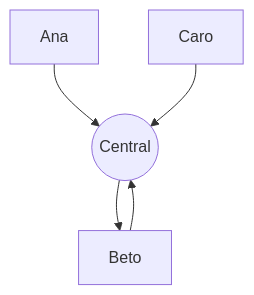
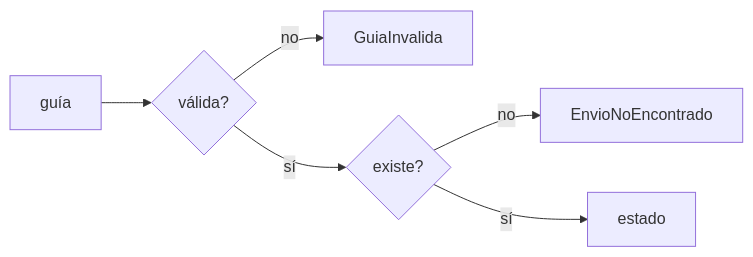
The second of 4 diagrams in web/public/content/foundations/modulo-14.md (NICORUIZ93/The_Imperial_Book), drawn with Mermaid before and after one commit. The commit also changed other lines of this file and 36 other files, not shown here.

````diff
--- a/web/public/content/foundations/modulo-14.md
+++ b/web/public/content/foundations/modulo-14.md
@@ -466,7 +128,8 @@
 ```mermaid
-flowchart TD
-    A[Ana] --> C((Central))
-    B[Beto] --> C
-    K[Caro] --> C
-    C --> B
+flowchart LR
+    G[guía] --> V{válida?}
+    V -- no --> I[GuiaInvalida]
+    V -- sí --> B{existe?}
+    B -- no --> N[EnvioNoEncontrado]
+    B -- sí --> E[estado]
 ```
````
